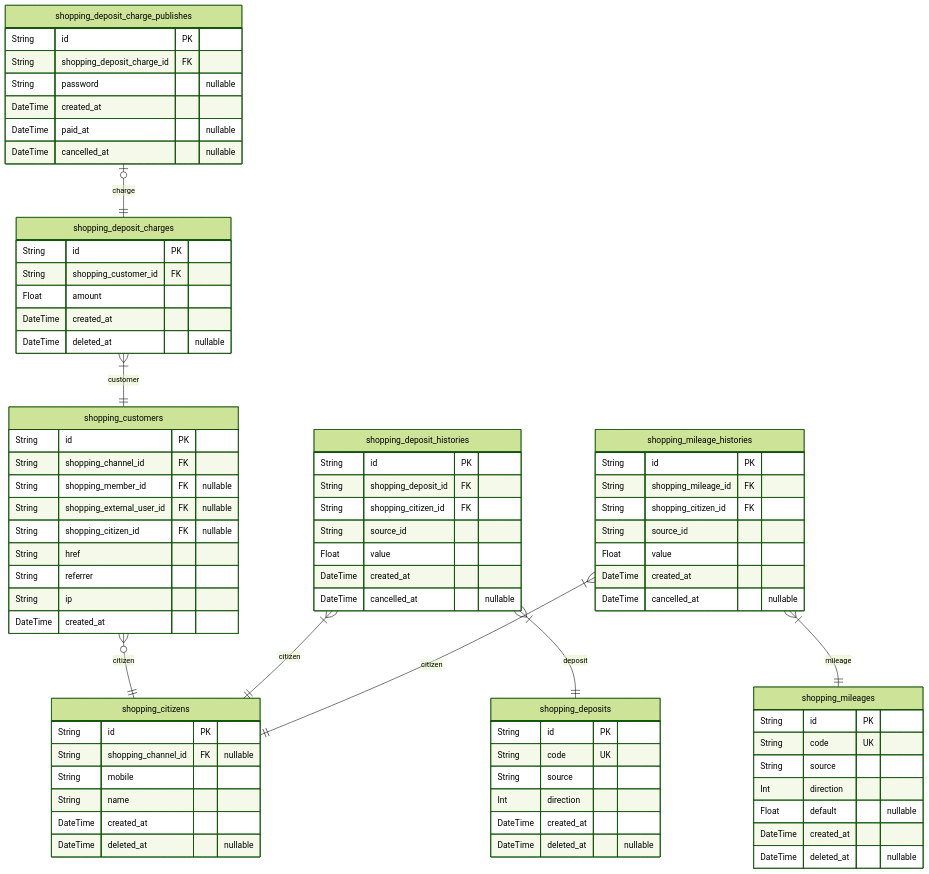
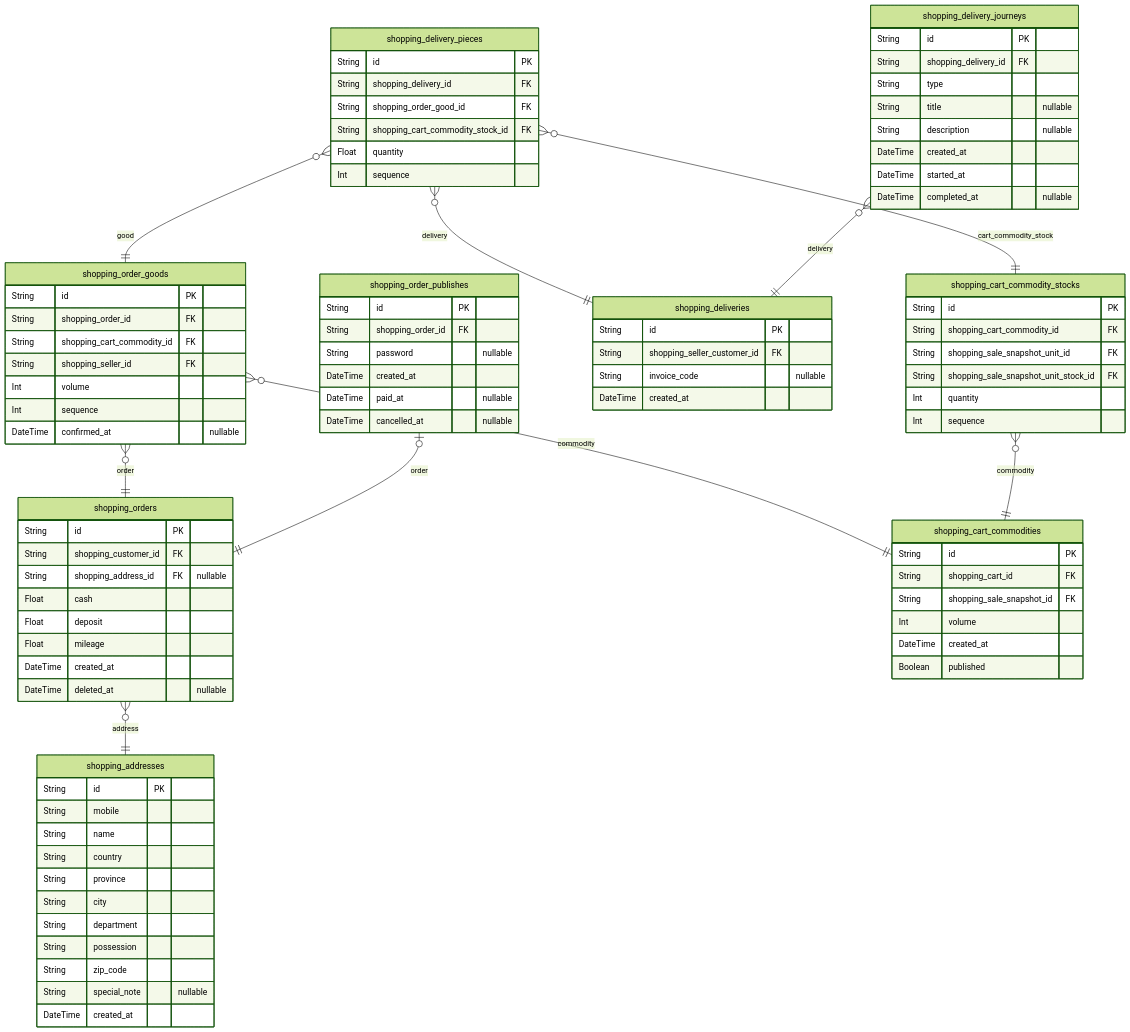
The sixth of 10 diagrams in docs/ERD.md (samchon/shopping-backend), drawn with Mermaid (forest theme) before and after one commit. The commit also changed other lines of this file and 75 other files, not shown here.

````diff
--- a/docs/ERD.md
+++ b/docs/ERD.md
@@ -1408,79 +1402,92 @@
 ```mermaid
 erDiagram
-"shopping_customers" {
+"shopping_orders" {
     String id PK
-    String shopping_channel_id FK
-    String shopping_member_id FK "nullable"
-    String shopping_external_user_id FK "nullable"
-    String shopping_citizen_id FK "nullable"
-    String href
-    String referrer
-    String ip
-    DateTime created_at
-}
-"shopping_citizens" {
-    String id PK
-    String shopping_channel_id FK "nullable"
-    String mobile
-    String name
+    String shopping_customer_id FK
+    String shopping_address_id FK "nullable"
+    Float cash
+    Float deposit
+    Float mileage
     DateTime created_at
     DateTime deleted_at "nullable"
 }
-"shopping_deposits" {
+"shopping_order_goods" {
     String id PK
-    String code UK
-    String source
-    Int direction
-    DateTime created_at
-    DateTime deleted_at "nullable"
+    String shopping_order_id FK
+    String shopping_cart_commodity_id FK
+    String shopping_seller_id FK
+    Int volume
+    Int sequence
+    DateTime confirmed_at "nullable"
 }
-"shopping_deposit_histories" {
+"shopping_order_publishes" {
     String id PK
-    String shopping_deposit_id FK
-    String shopping_citizen_id FK
-    String source_id
-    Float value
-    DateTime created_at
-    DateTime cancelled_at "nullable"
-}
-"shopping_deposit_charges" {
-    String id PK
-    String shopping_customer_id FK
-    Float amount
-    DateTime created_at
-    DateTime deleted_at "nullable"
-}
-"shopping_deposit_charge_publishes" {
-    String id PK
-    String shopping_deposit_charge_id FK
+    String shopping_order_id FK
     String password "nullable"
     DateTime created_at
     DateTime paid_at "nullable"
     DateTime cancelled_at "nullable"
 }
-"shopping_mileages" {
+"shopping_deliveries" {
     String id PK
-    String code UK
-    String source
-    Int direction
-    Float default "nullable"
+    String shopping_seller_customer_id FK
+    String invoice_code "nullable"
     DateTime created_at
-    DateTime deleted_at "nullable"
 }
-"shopping_mileage_histories" {
+"shopping_delivery_pieces" {
     String id PK
-    String shopping_mileage_id FK
-    String shopping_citizen_id FK
-    String source_id
-    Float value
+    String shopping_delivery_id FK
+    String shopping_order_good_id FK
+    String shopping_cart_commodity_stock_id FK
+    Float quantity
+    Int sequence
+}
+"shopping_delivery_journeys" {
+    String id PK
+    String shopping_delivery_id FK
+    String type
+    String title "nullable"
+    String description "nullable"
     DateTime created_at
-    DateTime cancelled_at "nullable"
+    DateTime started_at
+    DateTime completed_at "nullable"
 }
-"shopping_customers" }o--|| "shopping_citizens" : citizen
-"shopping_deposit_histories" }|--|| "shopping_deposits" : deposit
-"shopping_deposit_histories" }|--|| "shopping_citizens" : citizen
-"shopping_deposit_charges" }|--|| "shopping_customers" : customer
-"shopping_deposit_charge_publishes" |o--|| "shopping_deposit_charges" : charge
-"shopping_mileage_histories" }|--|| "shopping_mileages" : mileage
-"shopping_mileage_histories" }|--|| "shopping_citizens" : citizen
+"shopping_addresses" {
+    String id PK
+    String mobile
+    String name
+    String country
+    String province
+    String city
+    String department
+    String possession
+    String zip_code
+    String special_note "nullable"
+    DateTime created_at
+}
+"shopping_cart_commodities" {
+    String id PK
+    String shopping_cart_id FK
+    String shopping_sale_snapshot_id FK
+    Int volume
+    DateTime created_at
+    Boolean published
+}
+"shopping_cart_commodity_stocks" {
+    String id PK
+    String shopping_cart_commodity_id FK
+    String shopping_sale_snapshot_unit_id FK
+    String shopping_sale_snapshot_unit_stock_id FK
+    Int quantity
+    Int sequence
+}
+"shopping_orders" }o--|| "shopping_addresses" : address
+"shopping_order_goods" }o--|| "shopping_orders" : order
+"shopping_order_goods" }o--|| "shopping_cart_commodities" : commodity
+"shopping_order_publishes" |o--|| "shopping_orders" : order
+"shopping_delivery_pieces" }o--|| "shopping_deliveries" : delivery
+"shopping_delivery_pieces" }o--|| "shopping_order_goods" : good
+"shopping_delivery_pieces" }o--|| "shopping_cart_commodity_stocks" : cart_commodity_stock
+"shopping_delivery_journeys" }o--|| "shopping_deliveries" : delivery
+"shopping_cart_commodity_stocks" }o--|| "shopping_cart_commodities" : commodity
 ```
````
